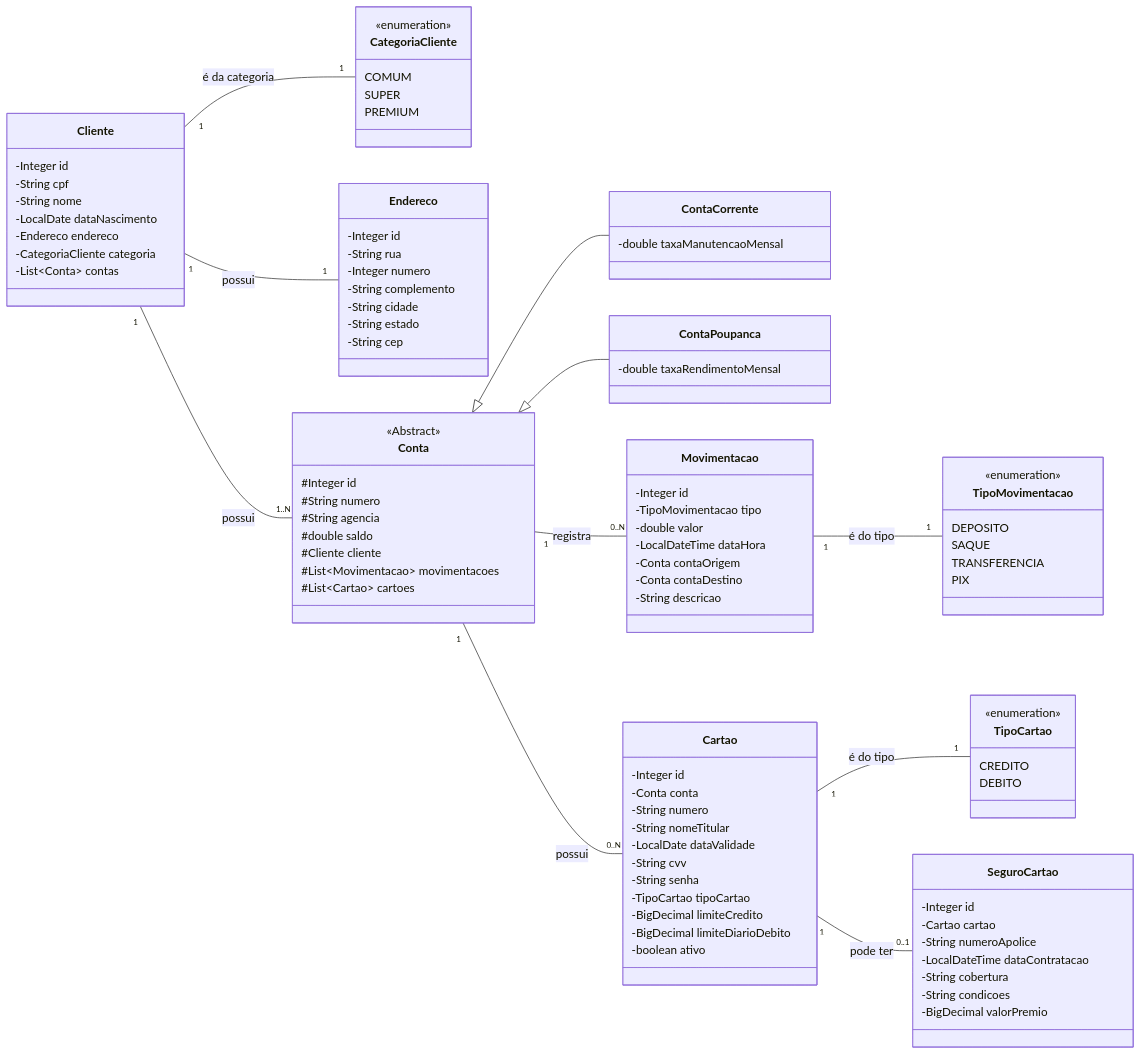
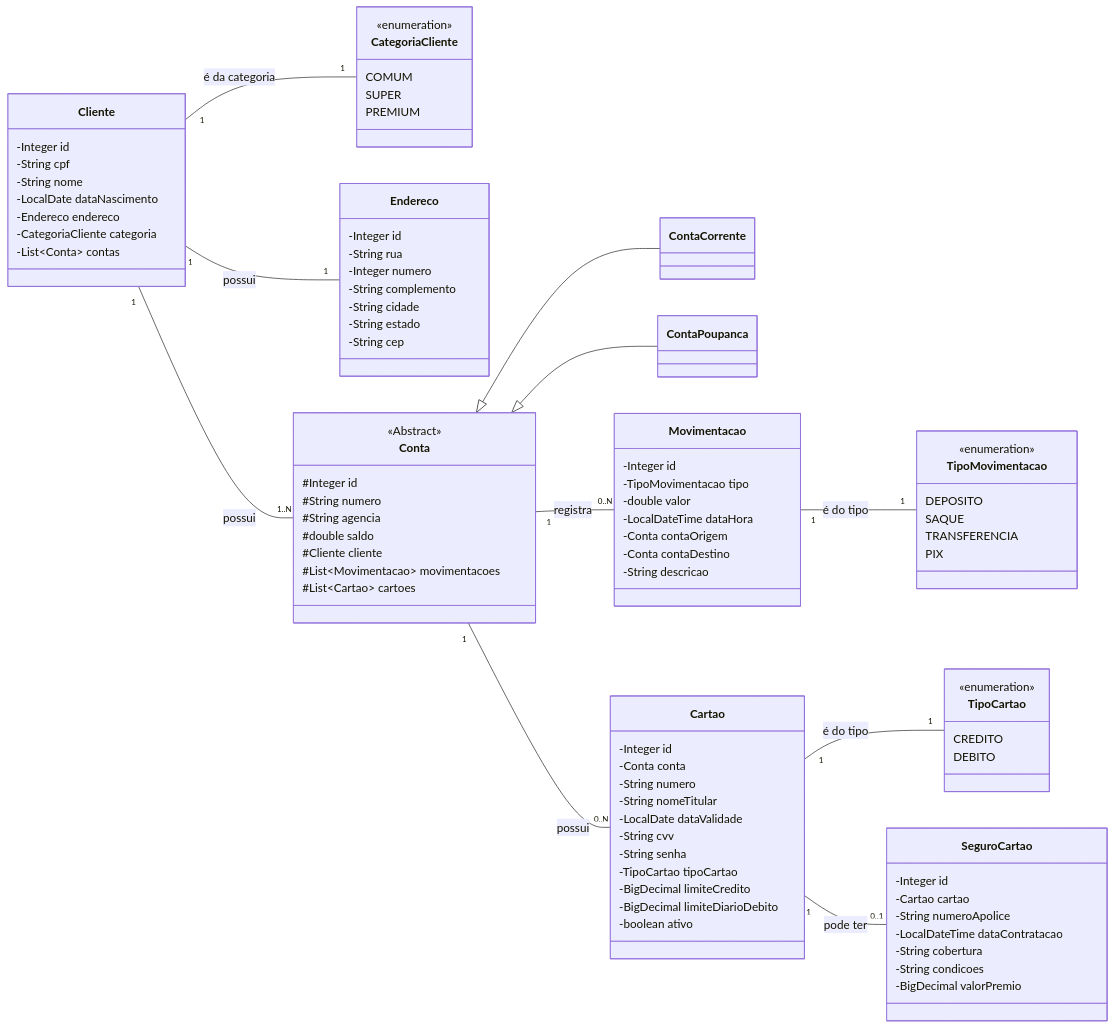
One commit to agsilvamhm/bancodigital changed the first of 3 diagrams in README.md. Above: the diagram before and after it, drawn with Mermaid. The commit also changed other lines of this file and 1 other file, not shown here.

```diff
--- a/README.md
+++ b/README.md
@@ -155,11 +157,9 @@
   }
 
   class ContaCorrente {
-    -double taxaManutencaoMensal
-  }
+   }
 
   class ContaPoupanca {
-    -double taxaRendimentoMensal
   }
 
   class Movimentacao {
```
